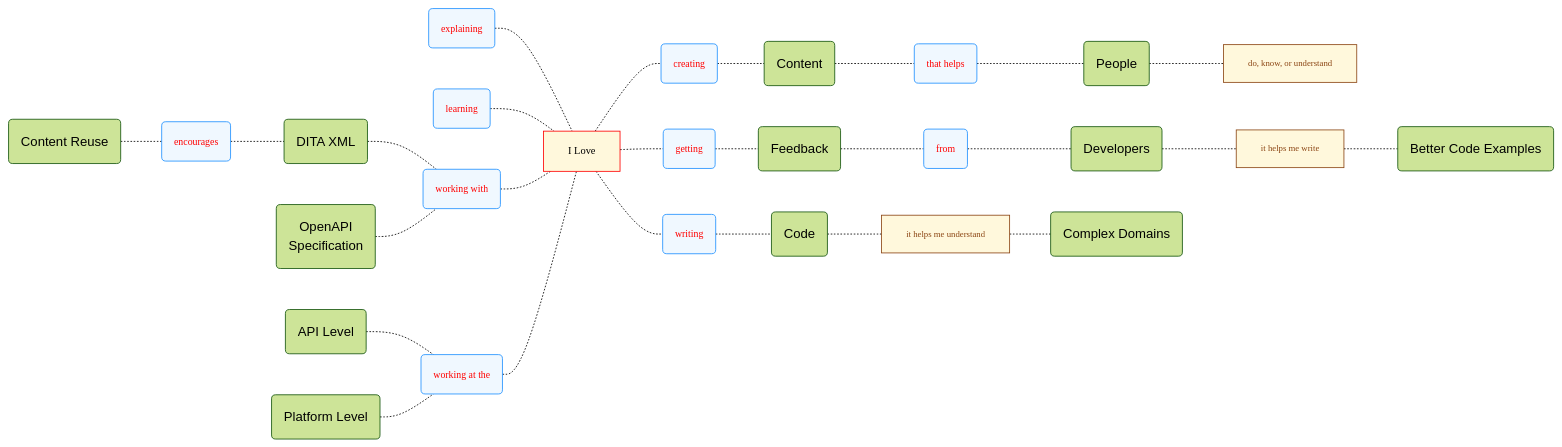
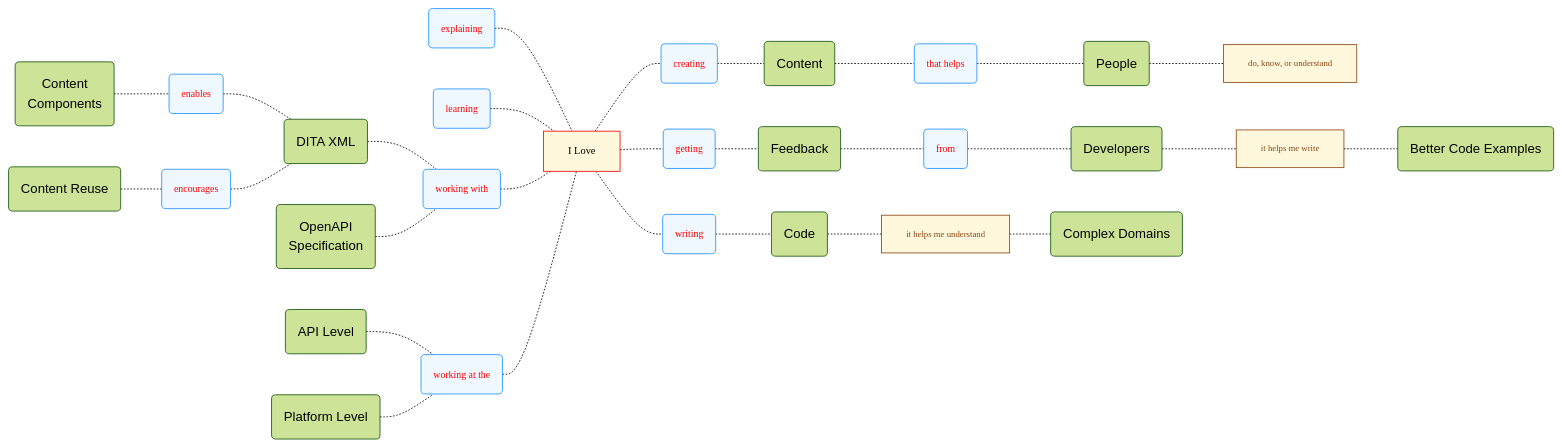
Before and after one commit to joe-dorward/samples: the first of 2 diagrams in my_mindmap.md, drawn with Mermaid. The commit also changed other lines of this file, not shown here.

````diff
--- a/my_mindmap.md
+++ b/my_mindmap.md
@@ -1,80 +1,85 @@
 ```mermaid
 %%{init: { "theme":"forest"} }%%
 flowchart LR
   classDef Compact font-family:verdana, font-size:7.5pt, text-align:left;
   classDef Variables fill:white, stroke:white, font-family:courier new, font-size:10pt;
   classDef Object fill:white, stroke:white, font-family:verdana, font-size:9pt;
 
   classDef Start fill:cornsilk, stroke:red, font-family:verdana, font-size:9.5pt;
 
   classDef Verb fill:aliceblue, color:red, stroke:dodgerblue, font-family:verdana, font-size:9pt;
 
 I_LOVE["I Love"]:::Start
 
 CODE("Code")
 DITA_XML("DITA XML")
 BETTER_CODE_EXAMPLES("Better Code Examples")
 CONTENT("Content")
+CONTENT_COMPONENTS("Content<br/>Components")
 CONTENT_REUSE("Content Reuse")
 DEVELOPERS("Developers")
 FEEDBACK("Feedback")
 OPEN_API_SPECIFICATION("OpenAPI<br/>Specification")
 PEOPLE("People")
 PLATFORM_LEVEL("Platform Level")
 API_LEVEL("API Level")
 
 
-
 COMPLEX_DOMAINS("Complex Domains")
 %% DOING ==========
 
 CREATING("creating")
+ENABLES("enables")
 ENCOURAGES("encourages")
 EXPLAINING("explaining")
 GETTING("getting")
 FROM("from")
 LEARNING("learning")
 WORKING_AT_THE("working at the")
 WORKING_WITH("working with")
 WRITING("writing")
 
 THAT_HELPS("that helps")
 
-class CREATING,ENCOURAGES,EXPLAINING,GETTING,FROM,LEARNING,WORKING_AT_THE,WORKING_WITH,WRITING,THAT_HELPS Verb;
+class CREATING,ENABLES,ENCOURAGES,EXPLAINING,GETTING,FROM,LEARNING,WORKING_AT_THE,WORKING_WITH,WRITING,THAT_HELPS Verb;
 
 
 
 %% NOTES ==========
 classDef Note fill:cornsilk, stroke:saddlebrown, color:saddlebrown, font-family:verdana, font-size:8pt, text-align:left;
 
 DO_KNOW_UNDERSTAND["do, know, or understand"]
 HELPS_ME_UNDERSTAND["it helps me understand"]
 
 HELPS_ME_WRITE[it helps me write]
 
 
 class DO_KNOW_UNDERSTAND,HELPS_ME_UNDERSTAND,HELPS_ME_WRITE Note;
 %% CONNECTING ==========
 
 EXPLAINING-.-I_LOVE
 LEARNING-.-I_LOVE
+
+CONTENT_COMPONENTS-.-
+ENABLES-.-
+DITA_XML
 
 CONTENT_REUSE-.-
 ENCOURAGES-.-
 DITA_XML-.-WORKING_WITH
 
 OPEN_API_SPECIFICATION-.-
 WORKING_WITH-.-I_LOVE
 
 API_LEVEL-.-WORKING_AT_THE
 PLATFORM_LEVEL-.-WORKING_AT_THE-.-I_LOVE
 
 I_LOVE-.-CREATING-.-CONTENT-.-THAT_HELPS-.-PEOPLE-.-DO_KNOW_UNDERSTAND
 
 I_LOVE-.-WRITING-.-CODE-.-HELPS_ME_UNDERSTAND-.-COMPLEX_DOMAINS
 
 I_LOVE-.-GETTING-.-FEEDBACK-.-FROM-.-DEVELOPERS-.-HELPS_ME_WRITE-.-BETTER_CODE_EXAMPLES
 
 
 
 ```
````
